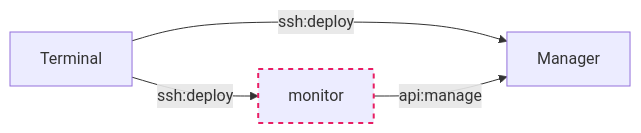
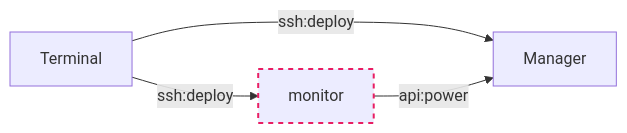
One commit to TunArund/MC-ServerPack changed the diagram in readme.md. Above: the diagram before and after it, drawn with Mermaid. The commit also changed other lines of this file and 28 other files, not shown here.

````diff
--- a/readme.md
+++ b/readme.md
@@ -6,9 +6,9 @@
 ```mermaid
 flowchart LR
   T[Terminal] -->|ssh:deploy| M[Manager]
   T -->|ssh:deploy| G[monitor]
-  G -->|api:manage| M
+  G -->|api:power| M
 
   classDef dashed stroke-dasharray:5 5,stroke:#e91e63,stroke-width:2px;
   class G dashed;
 ```
````
